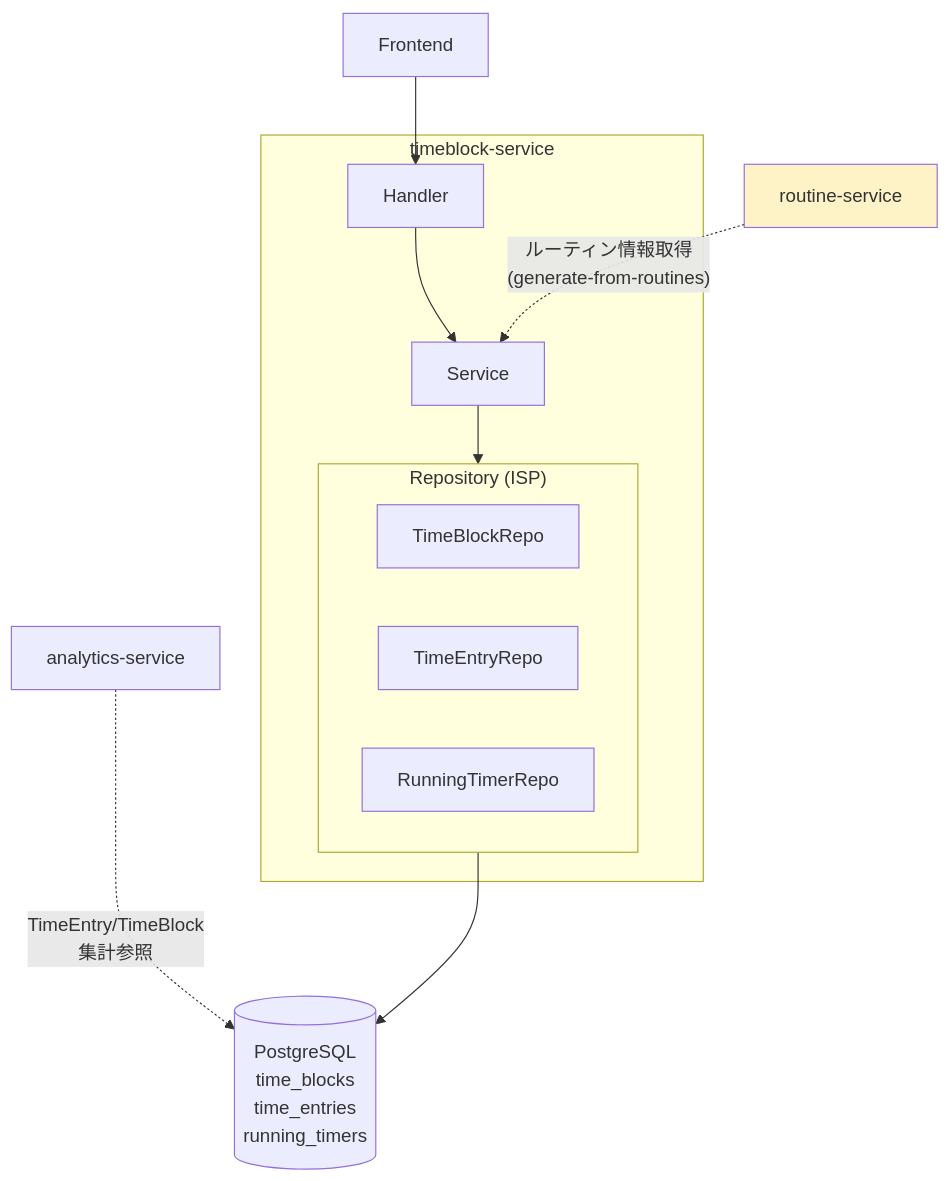
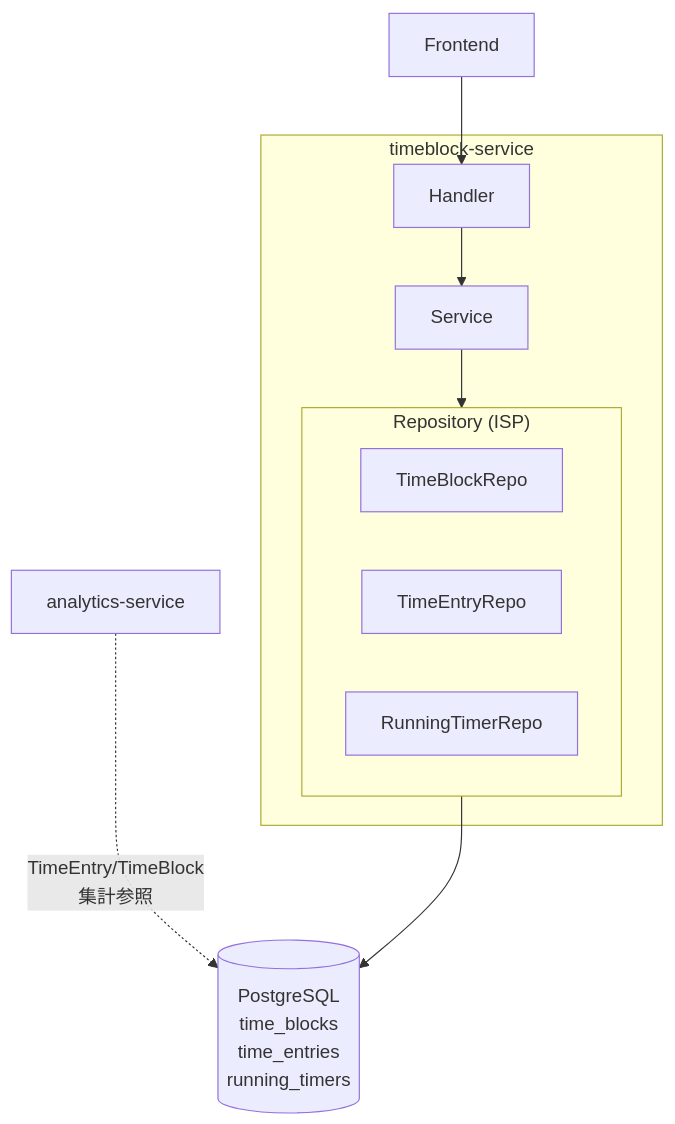
The first of 4 diagrams in backend/services/timeblock/ARCHITECTURE.md (yu-min3/kensan), drawn with Mermaid before and after one commit. The commit also changed other lines of this file and 177 other files, not shown here.

````diff
--- a/backend/services/timeblock/ARCHITECTURE.md
+++ b/backend/services/timeblock/ARCHITECTURE.md
@@ -25,22 +25,19 @@
 ```mermaid
 graph TB
     subgraph timeblock-service
         H["Handler"]
         Svc["Service"]
         subgraph Repos["Repository (ISP)"]
             TBR["TimeBlockRepo"]
             TER["TimeEntryRepo"]
             RTR["RunningTimerRepo"]
         end
     end
 
     Client["Frontend"] --> H
     H --> Svc
     Svc --> Repos
     Repos --> DB[(PostgreSQL<br/>time_blocks<br/>time_entries<br/>running_timers)]
 
-    RS["routine-service"] -.->|"ルーティン情報取得<br/>(generate-from-routines)"| Svc
     AN["analytics-service"] -.->|"TimeEntry/TimeBlock<br/>集計参照"| DB
-
-    style RS fill:#fef3c7
 ```
````
